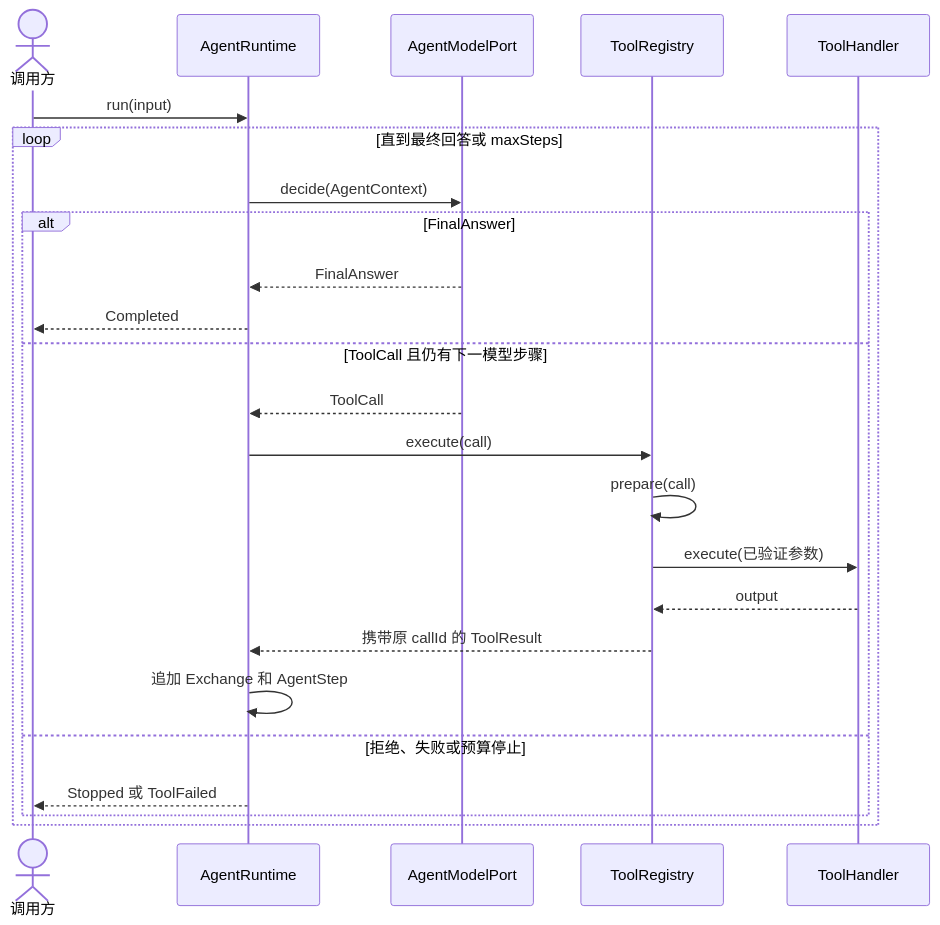
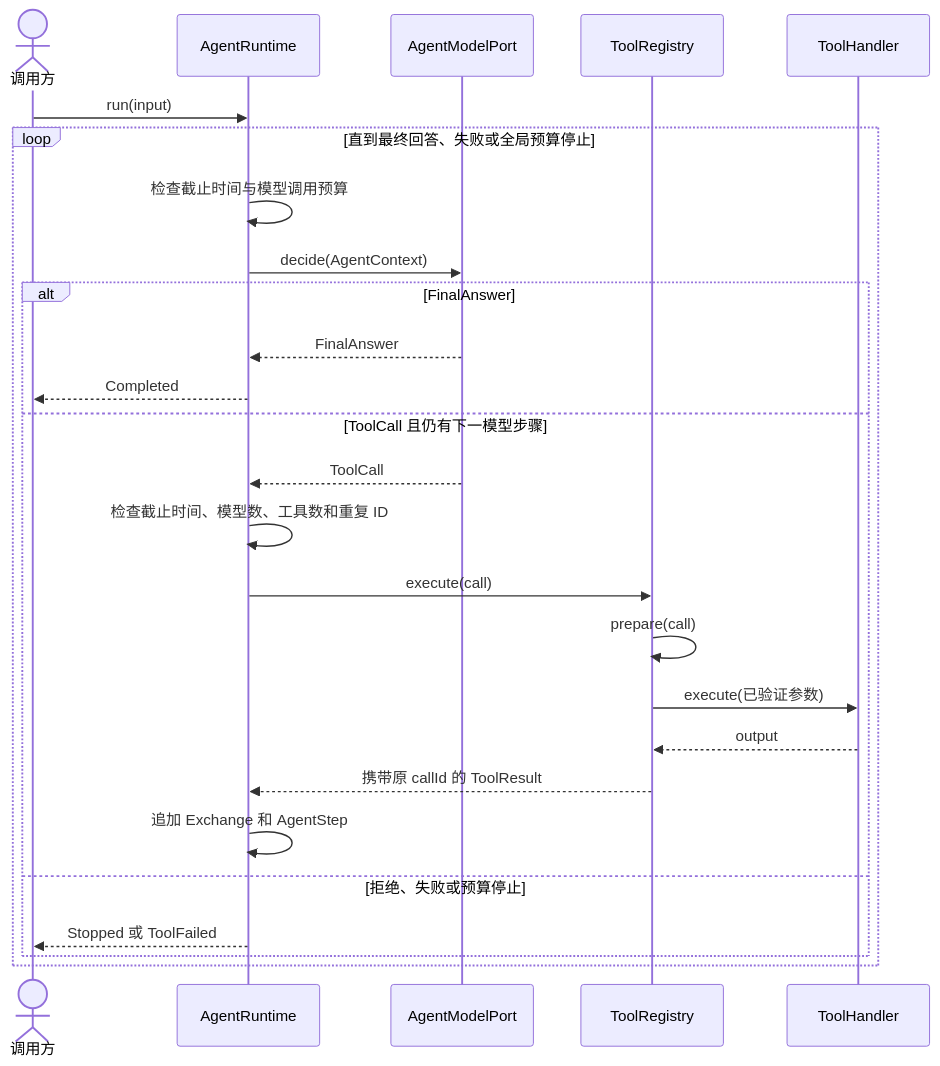
The sixth of 8 diagrams in responses-agent-runtime/docs/architecture.zh-CN.md (jamienlu/pickagent), drawn with Mermaid before and after one commit. The commit also changed other lines of this file and 78 other files, not shown here.

````diff
--- a/responses-agent-runtime/docs/architecture.zh-CN.md
+++ b/responses-agent-runtime/docs/architecture.zh-CN.md
@@ -271,27 +331,29 @@
 ```mermaid
 sequenceDiagram
     actor Caller as 调用方
     participant R as AgentRuntime
     participant M as AgentModelPort
     participant T as ToolRegistry
     participant H as ToolHandler
 
     Caller->>R: run(input)
-    loop 直到最终回答或 maxSteps
+    loop 直到最终回答、失败或全局预算停止
+        R->>R: 检查截止时间与模型调用预算
         R->>M: decide(AgentContext)
         alt FinalAnswer
             M-->>R: FinalAnswer
             R-->>Caller: Completed
         else ToolCall 且仍有下一模型步骤
             M-->>R: ToolCall
+            R->>R: 检查截止时间、模型数、工具数和重复 ID
             R->>T: execute(call)
             T->>T: prepare(call)
             T->>H: execute(已验证参数)
             H-->>T: output
             T-->>R: 携带原 callId 的 ToolResult
             R->>R: 追加 Exchange 和 AgentStep
         else 拒绝、失败或预算停止
             R-->>Caller: Stopped 或 ToolFailed
         end
     end
 ```
````
